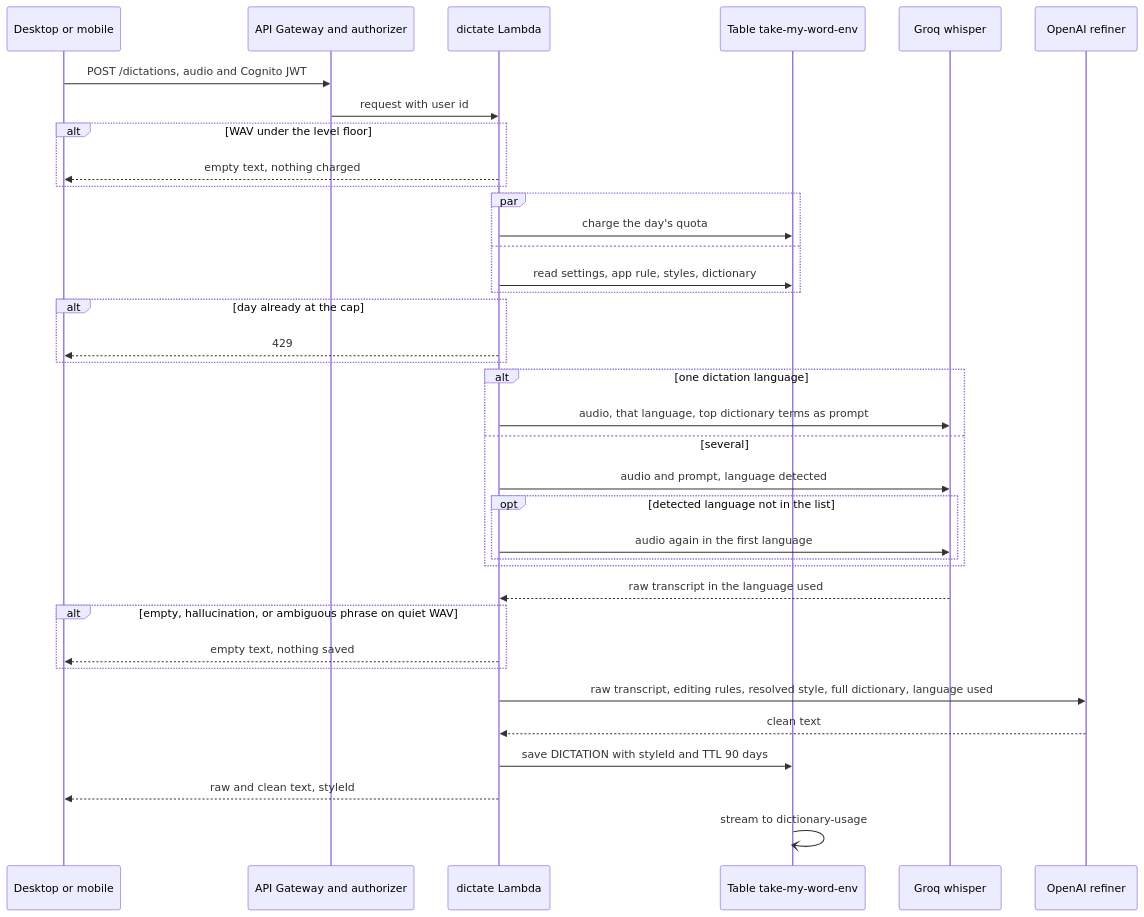
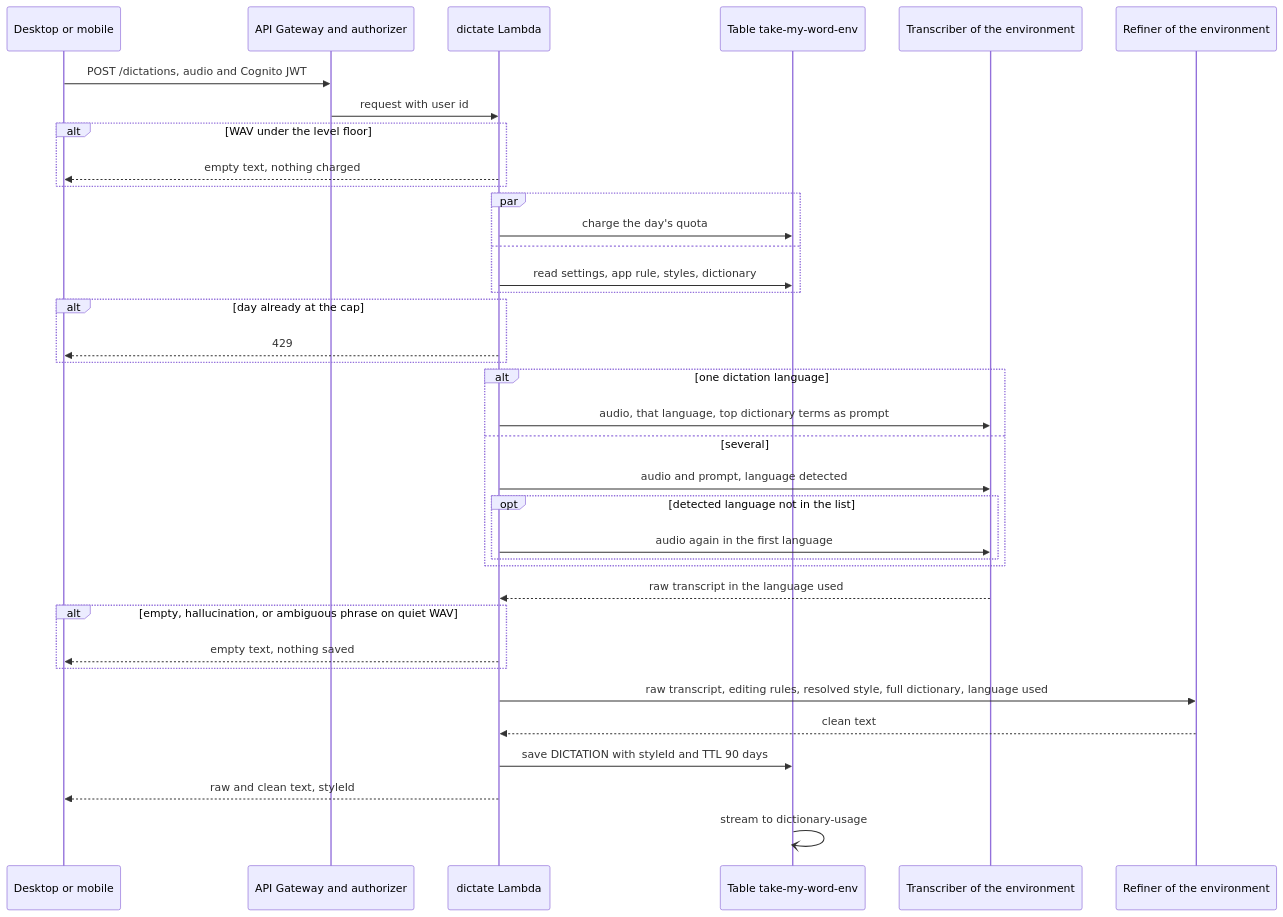
One commit to sebasfles/take-my-word changed the diagram in docs/modules/dictation/flows.md. Above: the diagram before and after it, drawn with Mermaid. The commit also changed other lines of this file and 10 other files, not shown here.

````diff
--- a/docs/modules/dictation/flows.md
+++ b/docs/modules/dictation/flows.md
@@ -14,39 +14,39 @@
 ```mermaid
 sequenceDiagram
   participant C as Desktop or mobile
   participant G as API Gateway and authorizer
   participant D as dictate Lambda
   participant T as Table take-my-word-env
-  participant S as Groq whisper
-  participant R as OpenAI refiner
+  participant S as Transcriber of the environment
+  participant R as Refiner of the environment
   C->>G: POST /dictations, audio and Cognito JWT
   G->>D: request with user id
   alt WAV under the level floor
     D-->>C: empty text, nothing charged
   end
   par
     D->>T: charge the day's quota
   and
     D->>T: read settings, app rule, styles, dictionary
   end
   alt day already at the cap
     D-->>C: 429
   end
   alt one dictation language
     D->>S: audio, that language, top dictionary terms as prompt
   else several
     D->>S: audio and prompt, language detected
     opt detected language not in the list
       D->>S: audio again in the first language
     end
   end
   S-->>D: raw transcript in the language used
   alt empty, hallucination, or ambiguous phrase on quiet WAV
     D-->>C: empty text, nothing saved
   end
   D->>R: raw transcript, editing rules, resolved style, full dictionary, language used
   R-->>D: clean text
   D->>T: save DICTATION with styleId and TTL 90 days
   D-->>C: raw and clean text, styleId
   T-)T: stream to dictionary-usage
 ```
````
